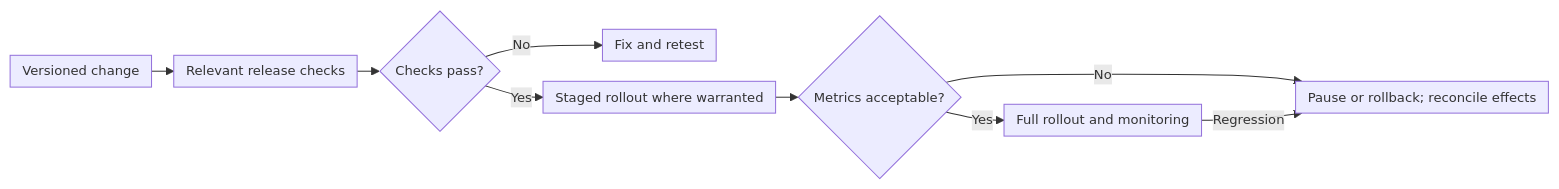
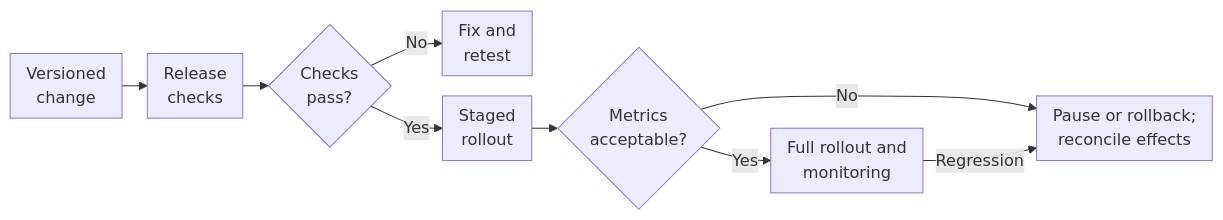
One commit to raoulbia-ai/agentic-ai-engineering-framework changed the diagram in skill/references/05-deploy.md. Above: the diagram before and after it, drawn with Mermaid. The commit also changed 4 other files, not shown here.

Commit message:
Compact flowcharts: left-to-right layout, short labels, tighter spacing

````diff
--- a/skill/references/05-deploy.md
+++ b/skill/references/05-deploy.md
@@ -18,12 +18,12 @@
 ```mermaid
-%%{init: {"flowchart": {"nodeSpacing": 20, "rankSpacing": 22, "padding": 6, "wrappingWidth": 260}, "themeVariables": {"fontSize": "13px"}}}%%
+%%{init: {"flowchart": {"nodeSpacing": 20, "rankSpacing": 25, "padding": 8}}}%%
 flowchart LR
-    A[Versioned change] --> B[Relevant release checks]
-    B --> C{Checks pass?}
-    C -->|No| H[Fix and retest]
-    C -->|Yes| D[Staged rollout where warranted]
-    D --> E{Metrics acceptable?}
-    E -->|Yes| F[Full rollout and monitoring]
-    E -->|No| G[Pause or rollback; reconcile effects]
+    A[Versioned<br/>change] --> B[Release<br/>checks]
+    B --> C{Checks<br/>pass?}
+    C -->|No| H[Fix and<br/>retest]
+    C -->|Yes| D[Staged<br/>rollout]
+    D --> E{Metrics<br/>acceptable?}
+    E -->|Yes| F[Full rollout and<br/>monitoring]
+    E -->|No| G["Pause or rollback;<br/>reconcile effects"]
     F -->|Regression| G
 ```
````
